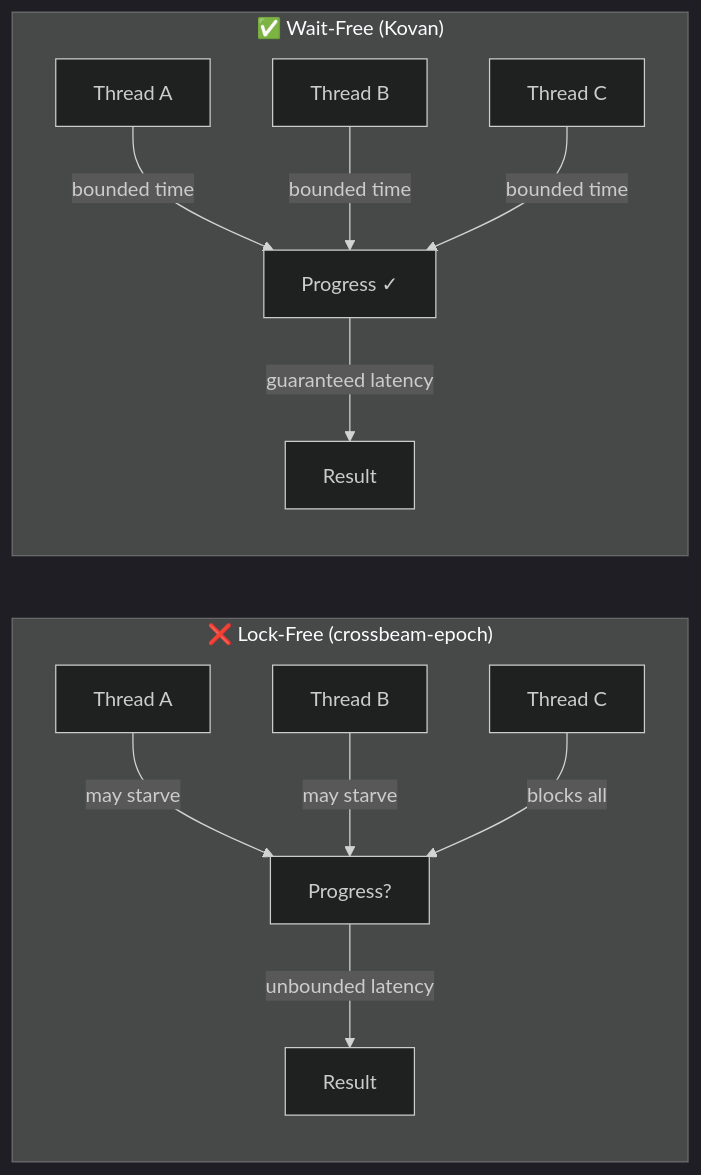
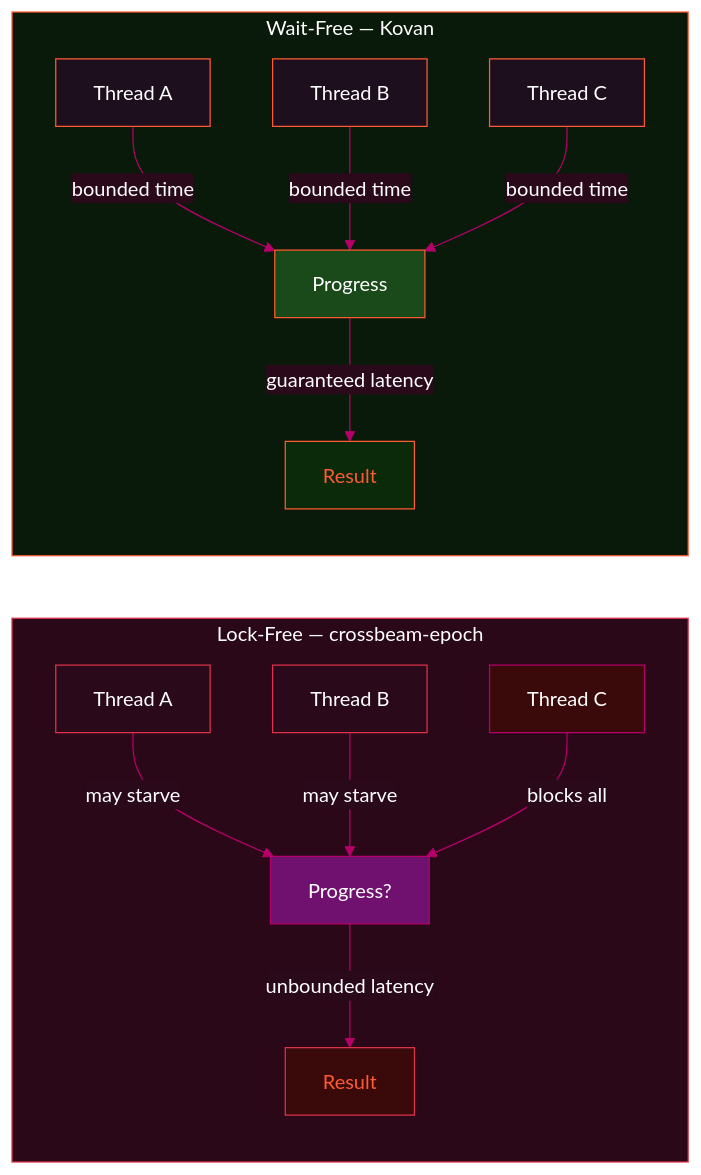
The second of 6 diagrams in src/content/posts/kovan-from-prod-to-mr.mdx (vertexclique/vertexclique.github.io), drawn with Mermaid before and after one commit. The commit also changed other lines of this file, not shown here.

````diff
--- a/src/content/posts/kovan-from-prod-to-mr.mdx
+++ b/src/content/posts/kovan-from-prod-to-mr.mdx
@@ -63,17 +63,30 @@
 ```mermaid
-%%{init: {'theme':'dark'}}%%
+%%{init: {'theme': 'base', 'themeVariables': {'primaryColor': '#2a0a1a', 'primaryTextColor': '#ffffff', 'primaryBorderColor': '#FF5A32', 'lineColor': '#B40068', 'secondaryColor': '#1a0a2a', 'tertiaryColor': '#701170', 'background': '#121212', 'mainBkg': '#1e0f1e', 'nodeBorder': '#FF5A32', 'clusterBkg': '#1a0818', 'clusterBorder': '#DD324A', 'titleColor': '#FF5A32', 'edgeLabelBackground': '#2a0a1a', 'fontFamily': 'monospace'}}}%%
 graph LR
-    subgraph "❌ Lock-Free (crossbeam-epoch)"
-        LF1[Thread A] -->|may starve| LFP[Progress?]
-        LF2[Thread B] -->|may starve| LFP
-        LF3[Thread C] -->|blocks all| LFP
-        LFP -->|"unbounded latency"| LFR[Result]
+    subgraph LF["Lock-Free — crossbeam-epoch"]
+        LF1["Thread A"] -->|"may starve"| LFP["Progress?"]
+        LF2["Thread B"] -->|"may starve"| LFP
+        LF3["Thread C"] -->|"blocks all"| LFP
+        LFP -->|"unbounded latency"| LFR["Result"]
     end
 
-    subgraph "✅ Wait-Free (Kovan)"
-        WF1[Thread A] -->|bounded time| WFP[Progress ✓]
-        WF2[Thread B] -->|bounded time| WFP
-        WF3[Thread C] -->|bounded time| WFP
-        WFP -->|"guaranteed latency"| WFR[Result]
+    subgraph WF["Wait-Free — Kovan"]
+        WF1["Thread A"] -->|"bounded time"| WFP["Progress"]
+        WF2["Thread B"] -->|"bounded time"| WFP
+        WF3["Thread C"] -->|"bounded time"| WFP
+        WFP -->|"guaranteed latency"| WFR["Result"]
     end
+
+    style LF fill:#2a0818,stroke:#DD324A,color:#ffffff
+    style WF fill:#0a1a0a,stroke:#FF5A32,color:#ffffff
+    style LFP fill:#701170,stroke:#B40068,color:#ffffff
+    style LFR fill:#3a0a0a,stroke:#DD324A,color:#FF5A32
+    style WFP fill:#1a4a1a,stroke:#FF5A32,color:#ffffff
+    style WFR fill:#0a2a0a,stroke:#FF5A32,color:#FF5A32
+    style LF1 fill:#2a0a1a,stroke:#DD324A,color:#ffffff
+    style LF2 fill:#2a0a1a,stroke:#DD324A,color:#ffffff
+    style LF3 fill:#3a0a0a,stroke:#B40068,color:#ffffff
+    style WF1 fill:#1e0f1e,stroke:#FF5A32,color:#ffffff
+    style WF2 fill:#1e0f1e,stroke:#FF5A32,color:#ffffff
+    style WF3 fill:#1e0f1e,stroke:#FF5A32,color:#ffffff
 ```
````
